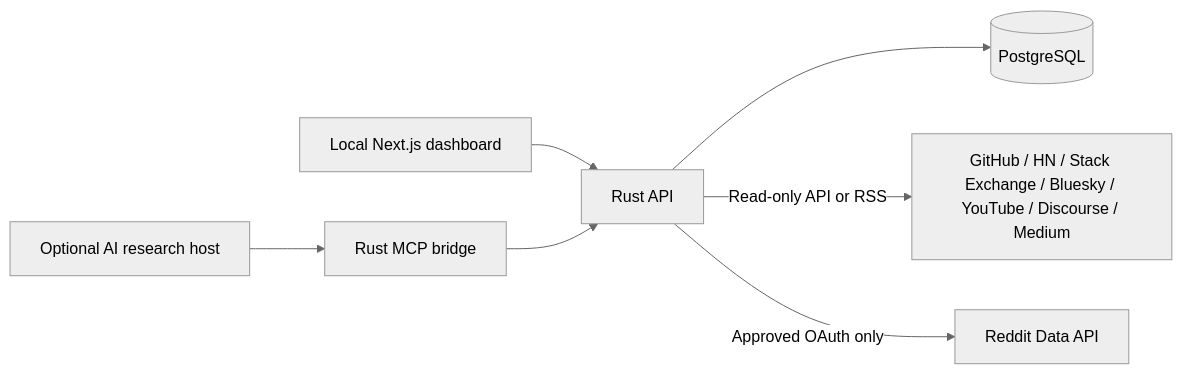
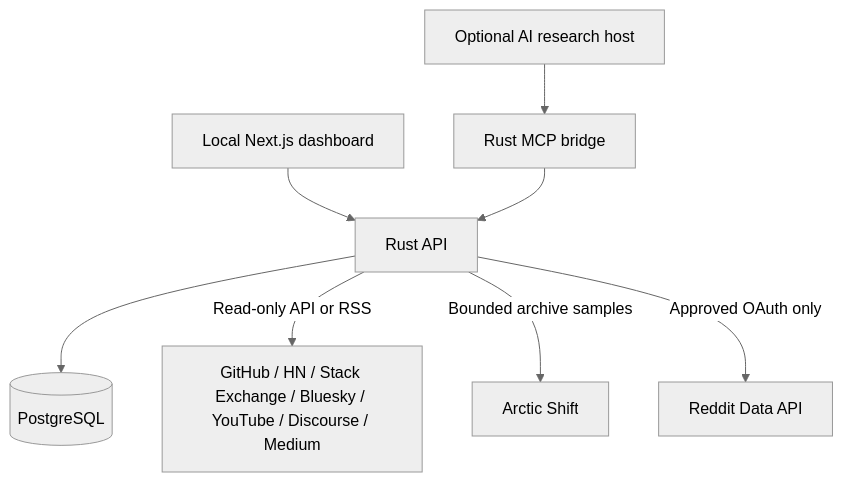
One commit to savisaluwadana/Pain-Point-Analyzer changed the diagram in README.md. Above: the diagram before and after it, drawn with Mermaid (neutral theme). The commit also changed other lines of this file and 10 other files, not shown here.

Commit message:
docs: document Arctic Shift setup and browser-free research

````diff
--- a/README.md
+++ b/README.md
@@ -90,9 +99,10 @@
 ```mermaid
-flowchart LR
+flowchart TB
   Browser["Local Next.js dashboard"] --> API["Rust API"]
   Host["Optional AI research host"] --> MCP["Rust MCP bridge"]
   MCP --> API
   API --> PG[("PostgreSQL")]
   API -->|Read-only API or RSS| Sources["GitHub / HN / Stack Exchange / Bluesky / YouTube / Discourse / Medium"]
+  API -->|Bounded archive samples| Archive["Arctic Shift"]
   API -->|Approved OAuth only| Reddit["Reddit Data API"]
 ```
````
